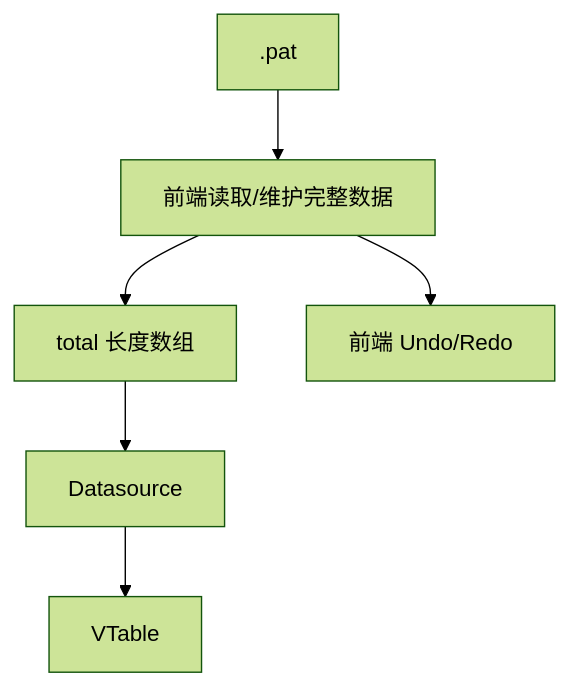
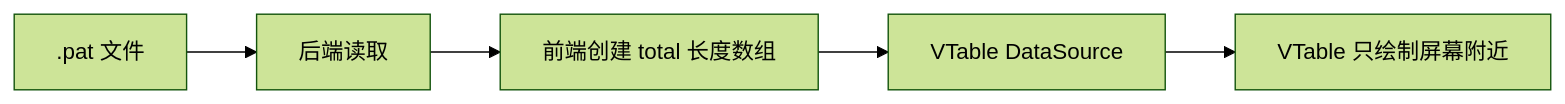
One commit to a306796405/huge-vtable changed the first of 9 diagrams in docs/v22-lite-markdown-technical-solution.md. Above: the diagram before and after it, drawn with Mermaid (forest theme). The commit also changed other lines of this file and 8 other files, not shown here.

Commit message:
docs: consolidate pattern backend and frontend guide

````diff
--- a/docs/v22-lite-markdown-technical-solution.md
+++ b/docs/v22-lite-markdown-technical-solution.md
@@ -177,8 +28,7 @@
 ```mermaid
-flowchart TB
-    File[".pat"] --> Frontend["前端读取/维护完整数据"]
-    Frontend --> Array["total 长度数组"]
-    Array --> DataSource["Datasource"]
-    DataSource --> Table["VTable"]
-    Frontend --> History["前端 Undo/Redo"]
+flowchart LR
+    File[".pat 文件"] --> Backend["后端读取"]
+    Backend --> Array["前端创建 total 长度数组"]
+    Array --> DS["VTable DataSource"]
+    DS --> Canvas["VTable 只绘制屏幕附近"]
 ```
````
